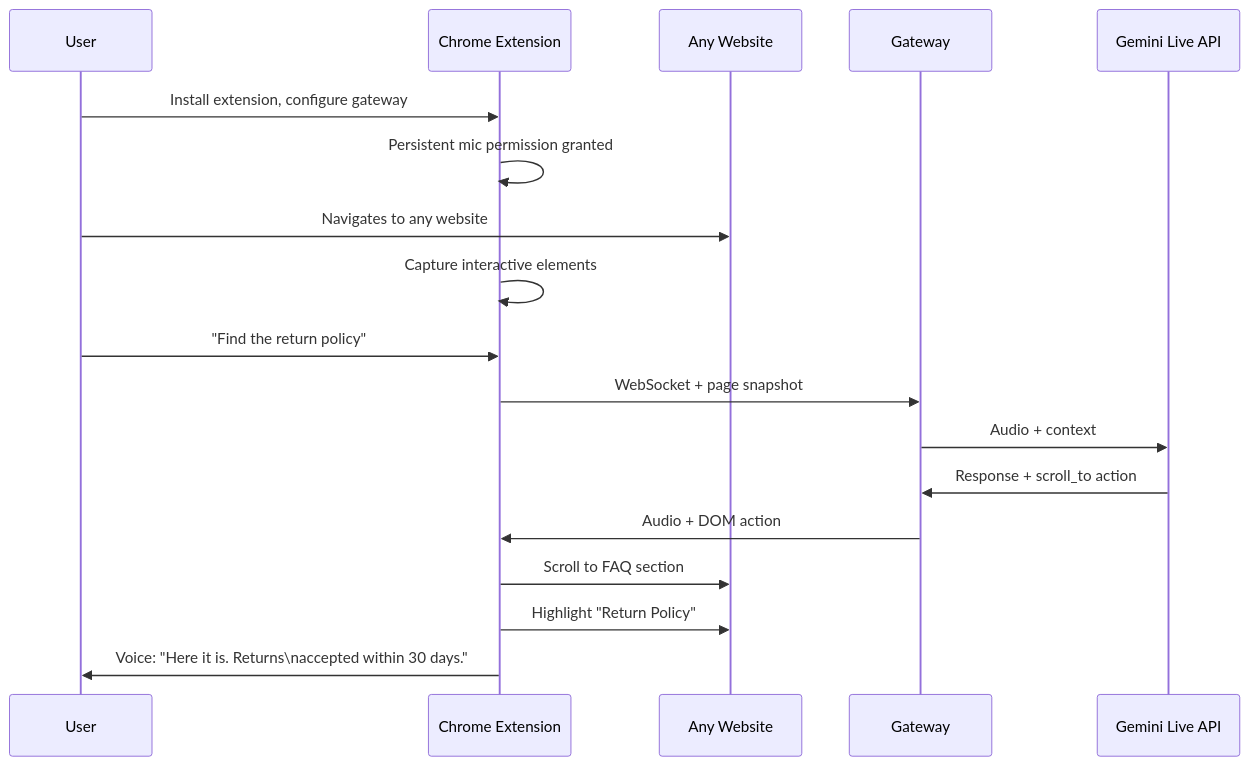
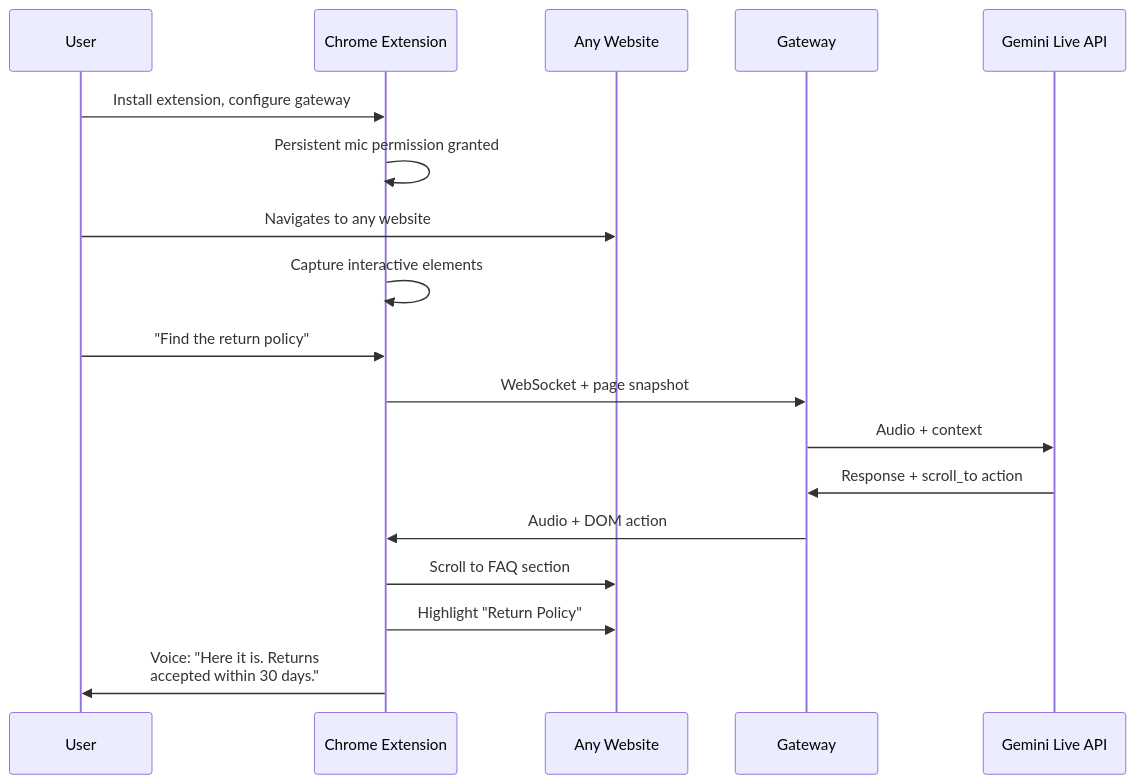
Before and after one commit to nzaghaventures/webclaw: the third of 4 diagrams in README.md, drawn with Mermaid. The commit also changed other lines of this file and 2 other files, not shown here.

First line of the commit message:
fix(diagrams): replace HTML entities and escape sequences for GitHub Mermaid

````diff
--- a/README.md
+++ b/README.md
@@ -120,22 +120,22 @@
 ```mermaid
 sequenceDiagram
     participant User as User
     participant Ext as Chrome Extension
     participant Any as Any Website
     participant GW as Gateway
     participant Gemini as Gemini Live API
 
     User->>Ext: Install extension, configure gateway
     Ext->>Ext: Persistent mic permission granted
 
     User->>Any: Navigates to any website
     Ext->>Ext: Capture interactive elements
     User->>Ext: "Find the return policy"
     Ext->>GW: WebSocket + page snapshot
     GW->>Gemini: Audio + context
     Gemini->>GW: Response + scroll_to action
     GW->>Ext: Audio + DOM action
     Ext->>Any: Scroll to FAQ section
     Ext->>Any: Highlight "Return Policy"
-    Ext->>User: Voice: "Here it is. Returns\naccepted within 30 days."
+    Ext->>User: Voice: "Here it is. Returns<br/>accepted within 30 days."
 ```
````
